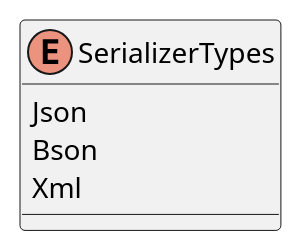
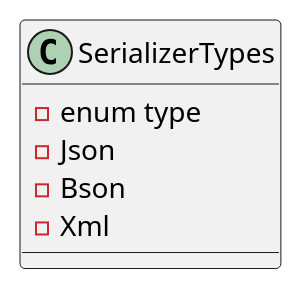
Before and after one commit to mwwhited-forks/dotnet-libs: the first of 2 diagrams in docs/generated/Framework/Eliassen.System/Text/Documentation.md, drawn with PlantUML. The commit also changed other lines of this file and 444 other files, not shown here.

````diff
--- a/docs/generated/Framework/Eliassen.System/Text/Documentation.md
+++ b/docs/generated/Framework/Eliassen.System/Text/Documentation.md
@@ -18,10 +9,10 @@
 ```plantuml
 @startuml
-enum SerializerTypes {
-    Json
-    Bson
-    Xml
+class SerializerTypes {
+  - enum type
+  - Json
+  - Bson
+  - Xml
 }
-
 @enduml
 ```
````
